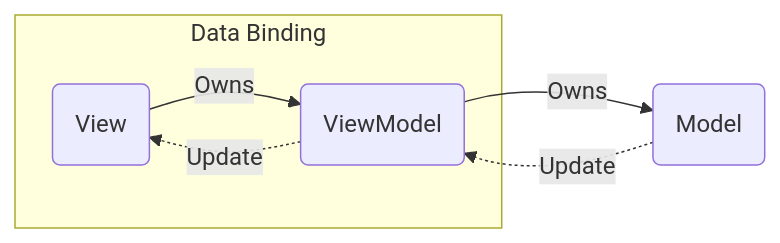
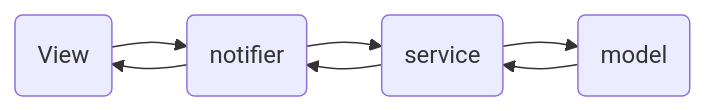
The first of 2 diagrams in ARCHITECTURE.md (KaitoKudou/flutter_training-kudo), drawn with Mermaid before and after one commit. The commit also changed other lines of this file, not shown here.

Commit message:
[fix]アーキテクチャの説明、依存関係図を修正

````diff
--- a/ARCHITECTURE.md
+++ b/ARCHITECTURE.md
@@ -4,7 +3,6 @@
 ```mermaid
 flowchart LR
-    subgraph Data Binding
-    id1(View) -- Owns --> id2(ViewModel) -. Update .-> id1
-    end
-    id2 -- Owns -->  id3(Model) -. Update .-> id2
+    id1(View) --> id2(notifier) -->  id1
+    id2(notifier) --> id3(service) --> id2
+    id3(service) --> id4(model) --> id3
 ```
````
